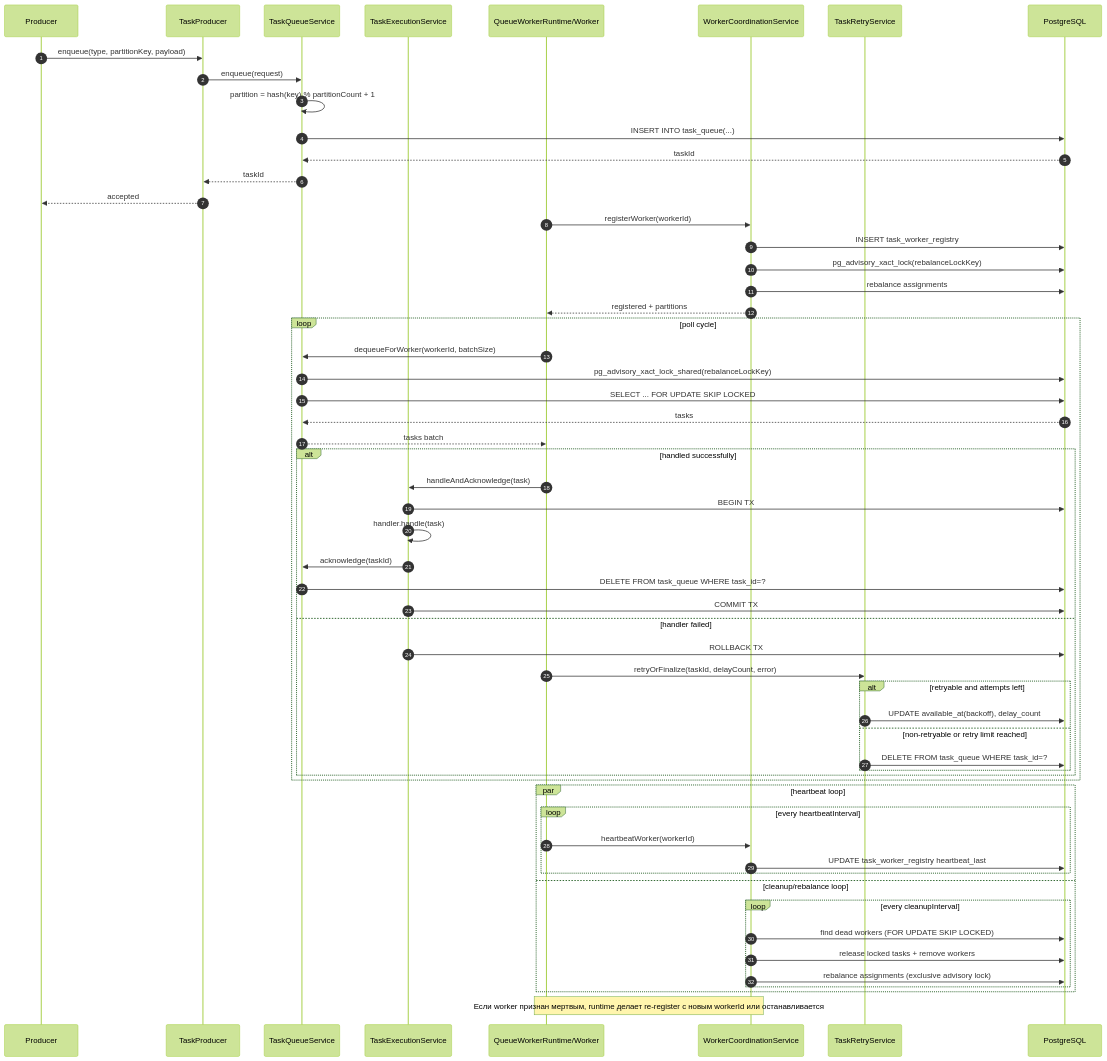
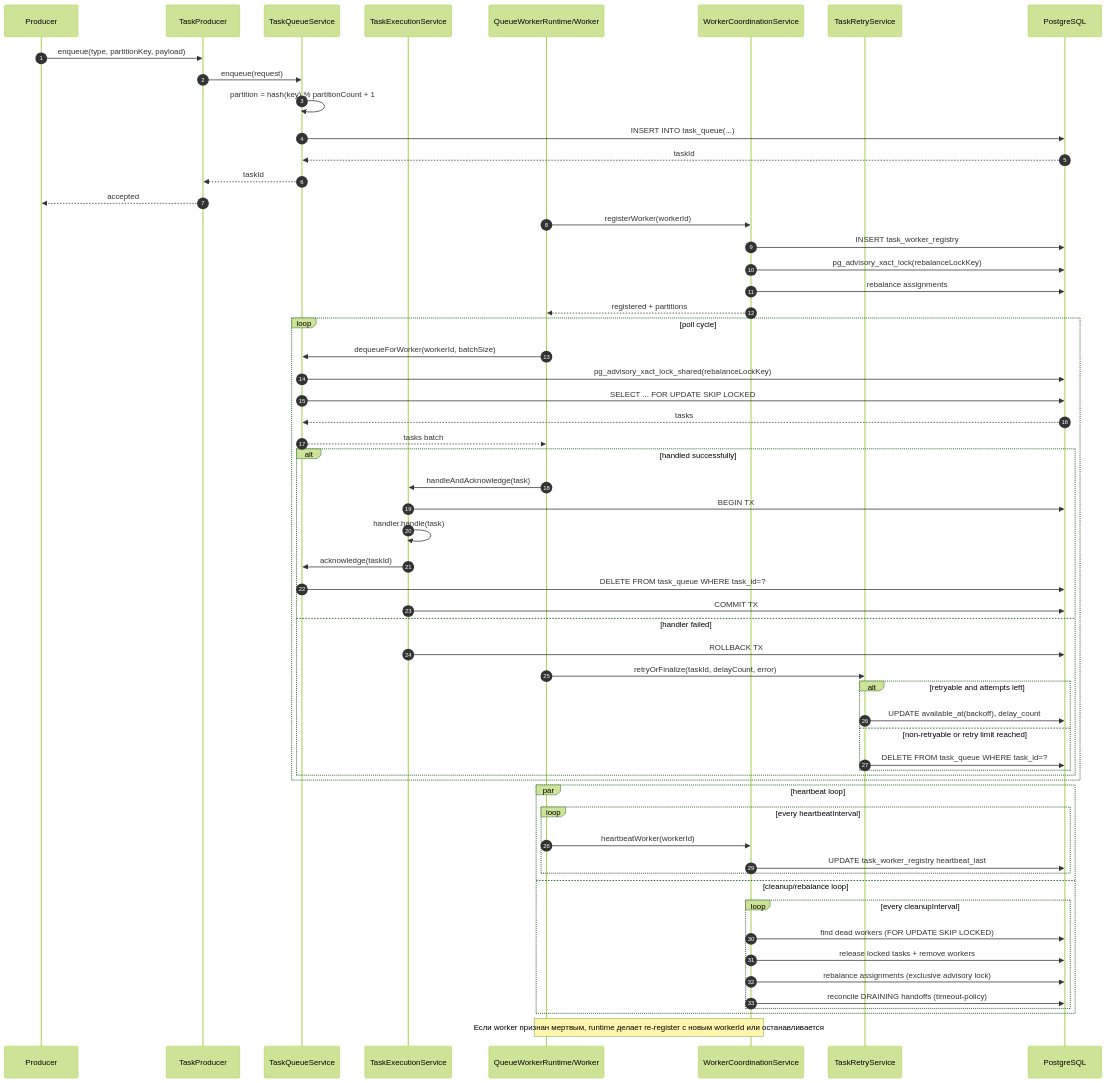
Before and after one commit to VladislavVerkh/task-queue-postgres: the first of 4 diagrams in docs/task-queue-architecture.md, drawn with Mermaid (forest theme). The commit also changed other lines of this file and 15 other files, not shown here.

````diff
--- a/docs/task-queue-architecture.md
+++ b/docs/task-queue-architecture.md
@@ -66,64 +69,65 @@
 ```mermaid
 sequenceDiagram
     autonumber
     participant P as Producer
     participant TPS as TaskProducer
     participant TQS as TaskQueueService
     participant TES as TaskExecutionService
     participant W as QueueWorkerRuntime/Worker
     participant WCS as WorkerCoordinationService
     participant RS as TaskRetryService
     participant DB as PostgreSQL
     P ->> TPS: enqueue(type, partitionKey, payload)
     TPS ->> TQS: enqueue(request)
     TQS ->> TQS: partition = hash(key) % partitionCount + 1
     TQS ->> DB: INSERT INTO task_queue(...)
     DB -->> TQS: taskId
     TQS -->> TPS: taskId
     TPS -->> P: accepted
     W ->> WCS: registerWorker(workerId)
     WCS ->> DB: INSERT task_worker_registry
     WCS ->> DB: pg_advisory_xact_lock(rebalanceLockKey)
     WCS ->> DB: rebalance assignments
     WCS -->> W: registered + partitions
 
     loop poll cycle
         W ->> TQS: dequeueForWorker(workerId, batchSize)
         TQS ->> DB: pg_advisory_xact_lock_shared(rebalanceLockKey)
         TQS ->> DB: SELECT ... FOR UPDATE SKIP LOCKED
         DB -->> TQS: tasks
         TQS -->> W: tasks batch
 
         alt handled successfully
             W ->> TES: handleAndAcknowledge(task)
             TES ->> DB: BEGIN TX
             TES ->> TES: handler.handle(task)
             TES ->> TQS: acknowledge(taskId)
             TQS ->> DB: DELETE FROM task_queue WHERE task_id=?
             TES ->> DB: COMMIT TX
         else handler failed
             TES ->> DB: ROLLBACK TX
             W ->> RS: retryOrFinalize(taskId, delayCount, error)
             alt retryable and attempts left
                 RS ->> DB: UPDATE available_at(backoff), delay_count
             else non-retryable or retry limit reached
                 RS ->> DB: DELETE FROM task_queue WHERE task_id=?
             end
         end
     end
 
     par heartbeat loop
         loop every heartbeatInterval
             W ->> WCS: heartbeatWorker(workerId)
             WCS ->> DB: UPDATE task_worker_registry heartbeat_last
         end
     and cleanup/rebalance loop
         loop every cleanupInterval
             WCS ->> DB: find dead workers (FOR UPDATE SKIP LOCKED)
             WCS ->> DB: release locked tasks + remove workers
             WCS ->> DB: rebalance assignments (exclusive advisory lock)
+            WCS ->> DB: reconcile DRAINING handoffs (timeout-policy)
         end
     end
 
     Note over W, WCS: Если worker признан мертвым, runtime делает re-register с новым workerId или останавливается
 ```
````
